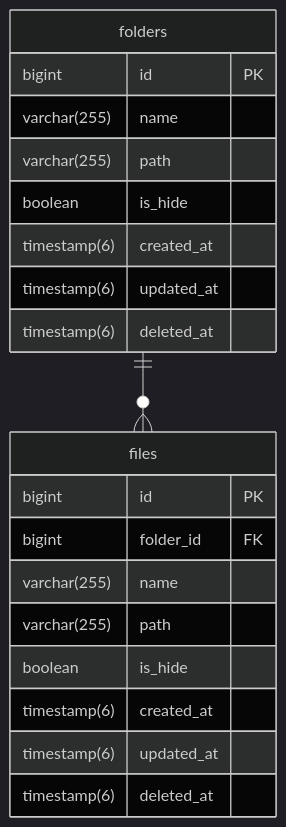
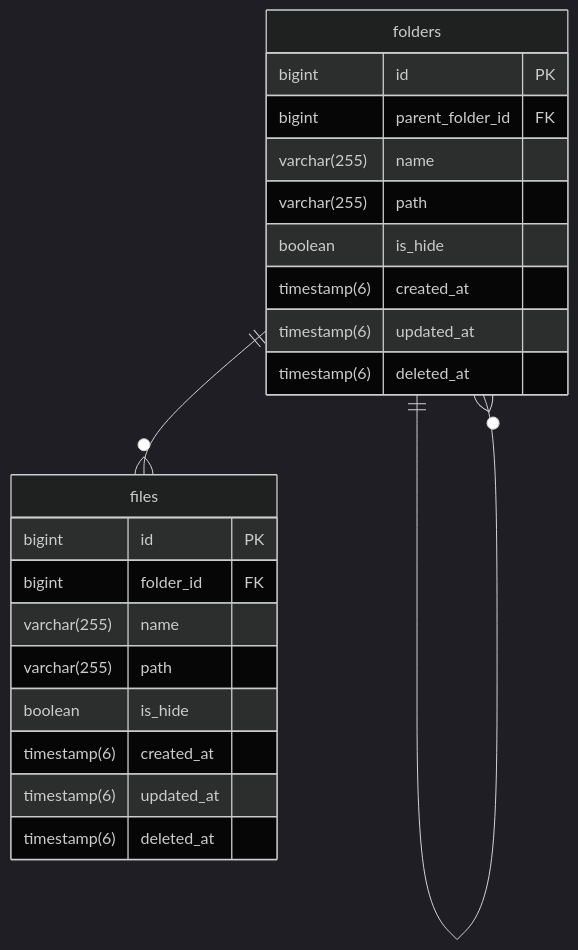
One commit to atsumarukun/file-server changed the diagram in docs/er-diagram.md. Above: the diagram before and after it, drawn with Mermaid (dark theme). The commit also changed other lines of this file, not shown here.

Commit message:
update: ER図のfoldersテーブルにparent_folder_idを追加

````diff
--- a/docs/er-diagram.md
+++ b/docs/er-diagram.md
@@ -3,26 +3,28 @@
 ```mermaid
 erDiagram
 
 folders {
     bigint id PK
+    bigint parent_folder_id FK
     varchar(255) name
     varchar(255) path
     boolean is_hide
     timestamp(6) created_at
     timestamp(6) updated_at
     timestamp(6) deleted_at
 }
 
 files {
     bigint id PK
     bigint folder_id FK
     varchar(255) name
     varchar(255) path
     boolean is_hide
     timestamp(6) created_at
     timestamp(6) updated_at
     timestamp(6) deleted_at
 }
 
+folders ||--o{ folders: ""
 folders ||--o{ files: ""
 ```
````
